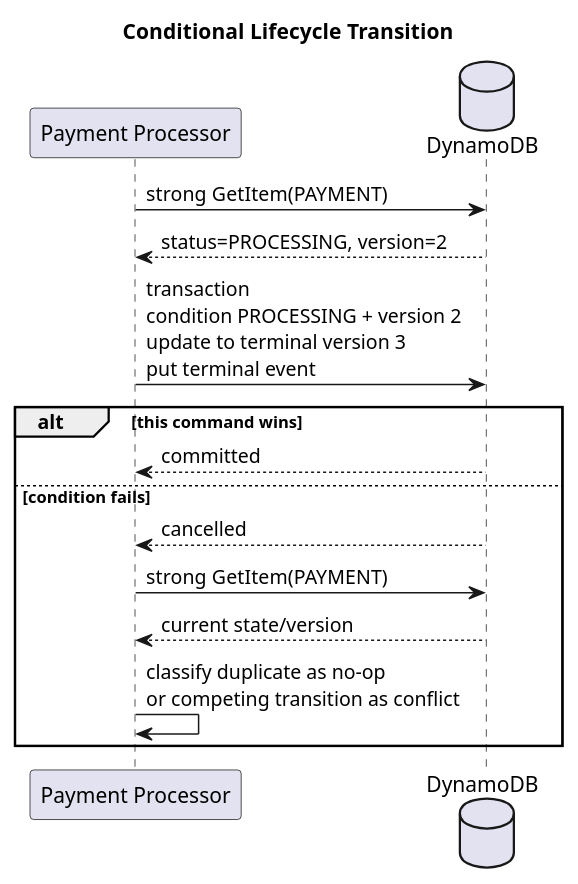
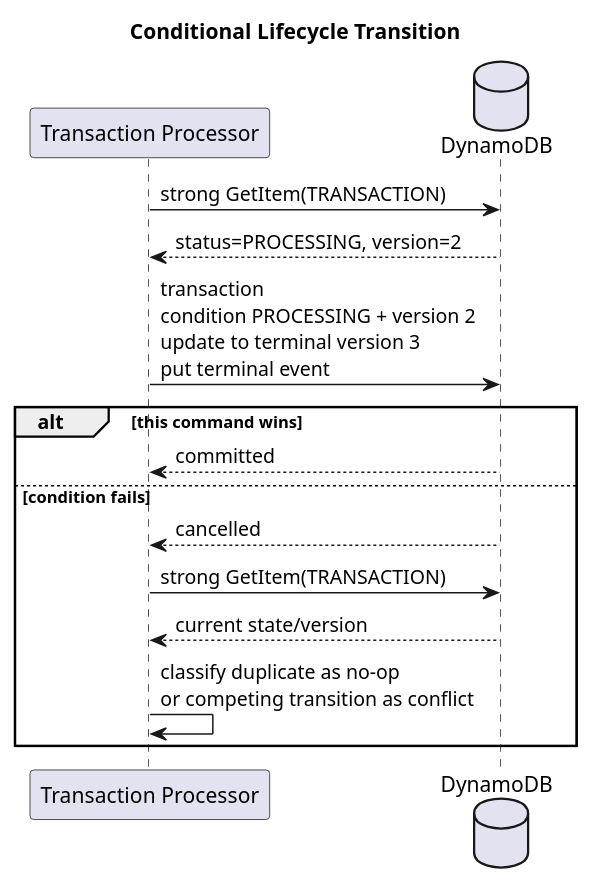
The diagram in docs/diagrams/lifecycle-transition.puml (josuerzslzr/transaction-processing), drawn with PlantUML before and after one commit. The commit also changed 20 other files, not shown here.

```diff
--- a/docs/diagrams/lifecycle-transition.puml
+++ b/docs/diagrams/lifecycle-transition.puml
@@ -1,19 +1,19 @@
 @startuml lifecycle-transition
 title Conditional Lifecycle Transition
 
-participant "Payment Processor" as Processor
+participant "Transaction Processor" as Processor
 database "DynamoDB" as DB
 
-Processor -> DB: strong GetItem(PAYMENT)
+Processor -> DB: strong GetItem(TRANSACTION)
 DB --> Processor: status=PROCESSING, version=2
 Processor -> DB: transaction\ncondition PROCESSING + version 2\nupdate to terminal version 3\nput terminal event
 
 alt this command wins
   DB --> Processor: committed
 else condition fails
   DB --> Processor: cancelled
-  Processor -> DB: strong GetItem(PAYMENT)
+  Processor -> DB: strong GetItem(TRANSACTION)
   DB --> Processor: current state/version
   Processor -> Processor: classify duplicate as no-op\nor competing transition as conflict
 end
 @enduml
```
